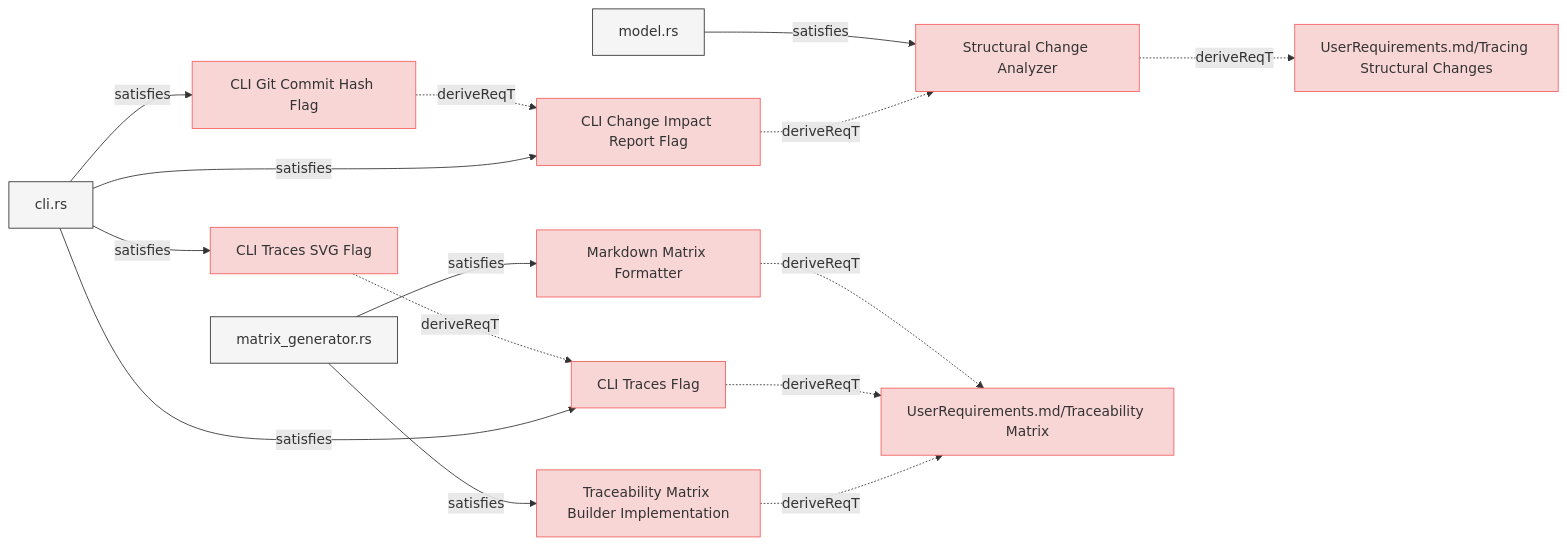
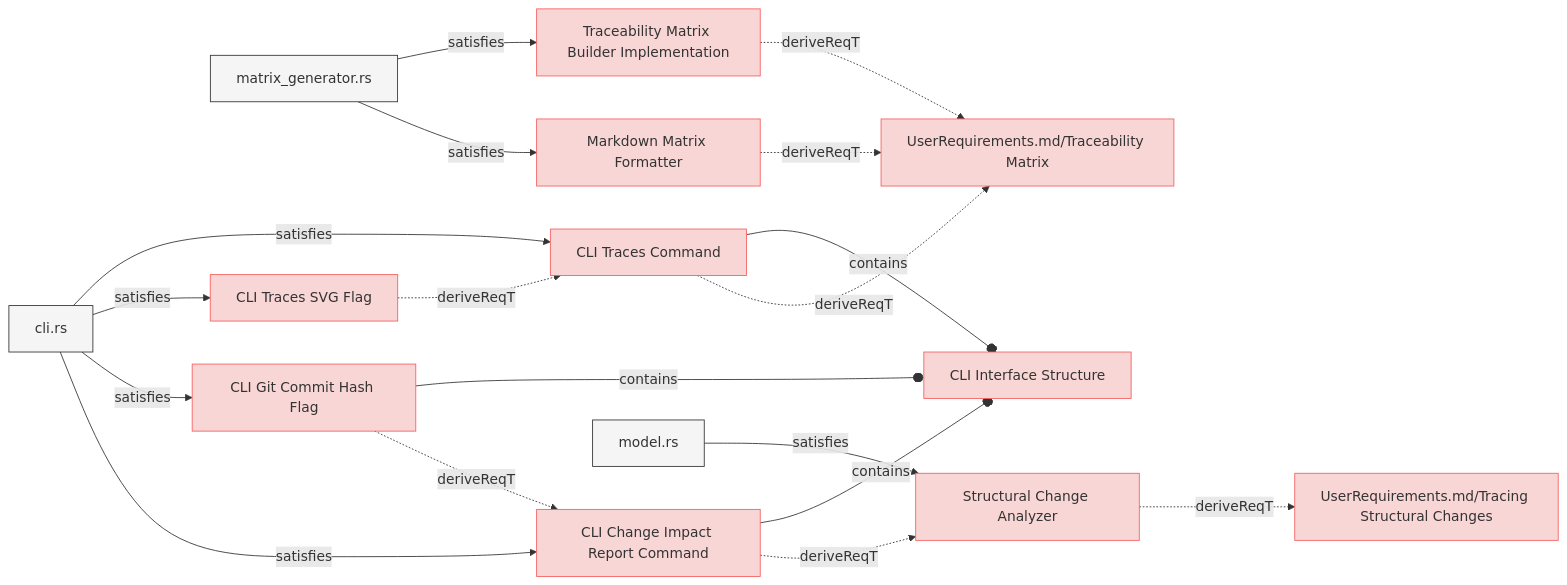
One commit to reqvire-org/reqvire changed the fifth of 8 diagrams in specifications/SystemRequirements/Requirements.md. Above: the diagram before and after it, drawn with Mermaid. The commit also changed other lines of this file and 29 other files, not shown here.

````diff
--- a/specifications/SystemRequirements/Requirements.md
+++ b/specifications/SystemRequirements/Requirements.md
@@ -660,71 +673,77 @@
 ```mermaid
 graph LR;
   %% Graph styling
   classDef requirement fill:#f9d6d6,stroke:#f55f5f,stroke-width:1px;
   classDef verification fill:#d6f9d6,stroke:#5fd75f,stroke-width:1px;
   classDef externalLink fill:#d0e0ff,stroke:#3080ff,stroke-width:1px;
   classDef default fill:#f5f5f5,stroke:#333333,stroke-width:1px;
 
-  d34d7e14d2a235a2["Structural Change Analyzer"];
-  class d34d7e14d2a235a2 requirement;
-  click d34d7e14d2a235a2 "Requirements.md#structural-change-analyzer";
-  d7b7b13a5b8d96e1["UserRequirements.md/Tracing Structural Changes"];
-  class d7b7b13a5b8d96e1 requirement;
-  click d7b7b13a5b8d96e1 "../UserRequirements.md#tracing-structural-changes";
-  d34d7e14d2a235a2 -.->|deriveReqT| d7b7b13a5b8d96e1;
-  4b89dbed94c08c3e["model.rs"];
-  class 4b89dbed94c08c3e default;
-  click 4b89dbed94c08c3e "../../core/src/change_impact.rs";
-  4b89dbed94c08c3e -->|satisfies| d34d7e14d2a235a2;
-  1d9a1c502316e443["CLI Traces SVG Flag"];
-  class 1d9a1c502316e443 requirement;
-  click 1d9a1c502316e443 "Requirements.md#cli-traces-svg-flag";
-  cb36e164a6ea70ff["CLI Traces Flag"];
-  class cb36e164a6ea70ff requirement;
-  click cb36e164a6ea70ff "Requirements.md#cli-traces-flag";
-  1d9a1c502316e443 -.->|deriveReqT| cb36e164a6ea70ff;
-  80defdd4cbc7ee18["cli.rs"];
-  class 80defdd4cbc7ee18 default;
-  click 80defdd4cbc7ee18 "../../cli/src/cli.rs";
-  80defdd4cbc7ee18 -->|satisfies| 1d9a1c502316e443;
-  6c40e66699ba40dd["CLI Git Commit Hash Flag"];
-  class 6c40e66699ba40dd requirement;
-  click 6c40e66699ba40dd "Requirements.md#cli-git-commit-hash-flag";
-  d62e8e714c37d1ad["CLI Change Impact Report Flag"];
-  class d62e8e714c37d1ad requirement;
-  click d62e8e714c37d1ad "Requirements.md#cli-change-impact-report-flag";
-  6c40e66699ba40dd -.->|deriveReqT| d62e8e714c37d1ad;
-  80defdd4cbc7ee18["cli.rs"];
-  class 80defdd4cbc7ee18 default;
-  click 80defdd4cbc7ee18 "../../cli/src/cli.rs";
-  80defdd4cbc7ee18 -->|satisfies| 6c40e66699ba40dd;
   1b7491b67a792bc9["Markdown Matrix Formatter"];
   class 1b7491b67a792bc9 requirement;
   click 1b7491b67a792bc9 "Requirements.md#markdown-matrix-formatter";
   4e30ea0930dc9c26["UserRequirements.md/Traceability Matrix"];
   class 4e30ea0930dc9c26 requirement;
   click 4e30ea0930dc9c26 "../UserRequirements.md#traceability-matrix";
   1b7491b67a792bc9 -.->|deriveReqT| 4e30ea0930dc9c26;
   16bf75b57622c10["matrix_generator.rs"];
   class 16bf75b57622c10 default;
   click 16bf75b57622c10 "../../core/src/matrix_generator.rs";
   16bf75b57622c10 -->|satisfies| 1b7491b67a792bc9;
-  cb36e164a6ea70ff -.->|deriveReqT| 4e30ea0930dc9c26;
+  4c9ae0a2fb751ce6["CLI Change Impact Report Command"];
+  class 4c9ae0a2fb751ce6 requirement;
+  click 4c9ae0a2fb751ce6 "Requirements.md#cli-change-impact-report-command";
+  d34d7e14d2a235a2["Structural Change Analyzer"];
+  class d34d7e14d2a235a2 requirement;
+  click d34d7e14d2a235a2 "Requirements.md#structural-change-analyzer";
+  4c9ae0a2fb751ce6 -.->|deriveReqT| d34d7e14d2a235a2;
+  8f22faacdb454b23["CLI Interface Structure"];
+  class 8f22faacdb454b23 requirement;
+  click 8f22faacdb454b23 "Requirements.md#cli-interface-structure";
+  4c9ae0a2fb751ce6 --o|contains| 8f22faacdb454b23;
   80defdd4cbc7ee18["cli.rs"];
   class 80defdd4cbc7ee18 default;
   click 80defdd4cbc7ee18 "../../cli/src/cli.rs";
-  80defdd4cbc7ee18 -->|satisfies| cb36e164a6ea70ff;
-  d62e8e714c37d1ad -.->|deriveReqT| d34d7e14d2a235a2;
-  80defdd4cbc7ee18["cli.rs"];
-  class 80defdd4cbc7ee18 default;
-  click 80defdd4cbc7ee18 "../../cli/src/cli.rs";
-  80defdd4cbc7ee18 -->|satisfies| d62e8e714c37d1ad;
+  80defdd4cbc7ee18 -->|satisfies| 4c9ae0a2fb751ce6;
   b55d8517cd3e58["Traceability Matrix Builder Implementation"];
   class b55d8517cd3e58 requirement;
   click b55d8517cd3e58 "Requirements.md#traceability-matrix-builder-implementation";
   b55d8517cd3e58 -.->|deriveReqT| 4e30ea0930dc9c26;
   16bf75b57622c10["matrix_generator.rs"];
   class 16bf75b57622c10 default;
   click 16bf75b57622c10 "../../core/src/matrix_generator.rs";
   16bf75b57622c10 -->|satisfies| b55d8517cd3e58;
+  6c40e66699ba40dd["CLI Git Commit Hash Flag"];
+  class 6c40e66699ba40dd requirement;
+  click 6c40e66699ba40dd "Requirements.md#cli-git-commit-hash-flag";
+  6c40e66699ba40dd -.->|deriveReqT| 4c9ae0a2fb751ce6;
+  6c40e66699ba40dd --o|contains| 8f22faacdb454b23;
+  80defdd4cbc7ee18["cli.rs"];
+  class 80defdd4cbc7ee18 default;
+  click 80defdd4cbc7ee18 "../../cli/src/cli.rs";
+  80defdd4cbc7ee18 -->|satisfies| 6c40e66699ba40dd;
+  1d9a1c502316e443["CLI Traces SVG Flag"];
+  class 1d9a1c502316e443 requirement;
+  click 1d9a1c502316e443 "Requirements.md#cli-traces-svg-flag";
+  5bfc0d5fd7bba25["CLI Traces Command"];
+  class 5bfc0d5fd7bba25 requirement;
+  click 5bfc0d5fd7bba25 "Requirements.md#cli-traces-command";
+  1d9a1c502316e443 -.->|deriveReqT| 5bfc0d5fd7bba25;
+  80defdd4cbc7ee18["cli.rs"];
+  class 80defdd4cbc7ee18 default;
+  click 80defdd4cbc7ee18 "../../cli/src/cli.rs";
+  80defdd4cbc7ee18 -->|satisfies| 1d9a1c502316e443;
+  d7b7b13a5b8d96e1["UserRequirements.md/Tracing Structural Changes"];
+  class d7b7b13a5b8d96e1 requirement;
+  click d7b7b13a5b8d96e1 "../UserRequirements.md#tracing-structural-changes";
+  d34d7e14d2a235a2 -.->|deriveReqT| d7b7b13a5b8d96e1;
+  4b89dbed94c08c3e["model.rs"];
+  class 4b89dbed94c08c3e default;
+  click 4b89dbed94c08c3e "../../core/src/change_impact.rs";
+  4b89dbed94c08c3e -->|satisfies| d34d7e14d2a235a2;
+  5bfc0d5fd7bba25 -.->|deriveReqT| 4e30ea0930dc9c26;
+  5bfc0d5fd7bba25 --o|contains| 8f22faacdb454b23;
+  80defdd4cbc7ee18["cli.rs"];
+  class 80defdd4cbc7ee18 default;
+  click 80defdd4cbc7ee18 "../../cli/src/cli.rs";
+  80defdd4cbc7ee18 -->|satisfies| 5bfc0d5fd7bba25;
 ```
````
